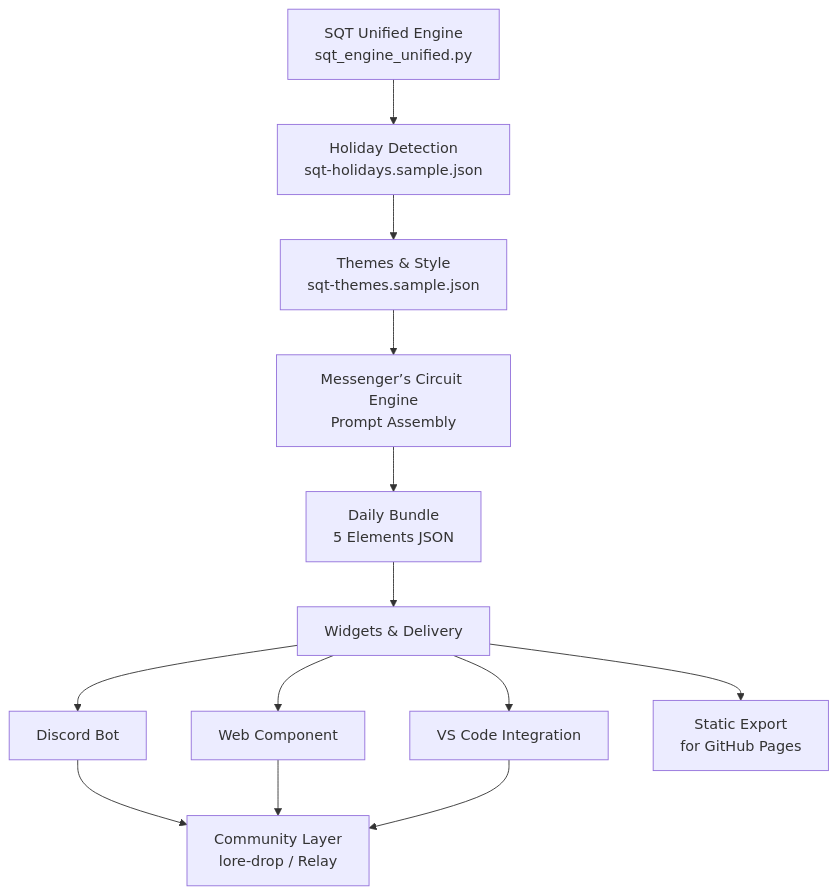
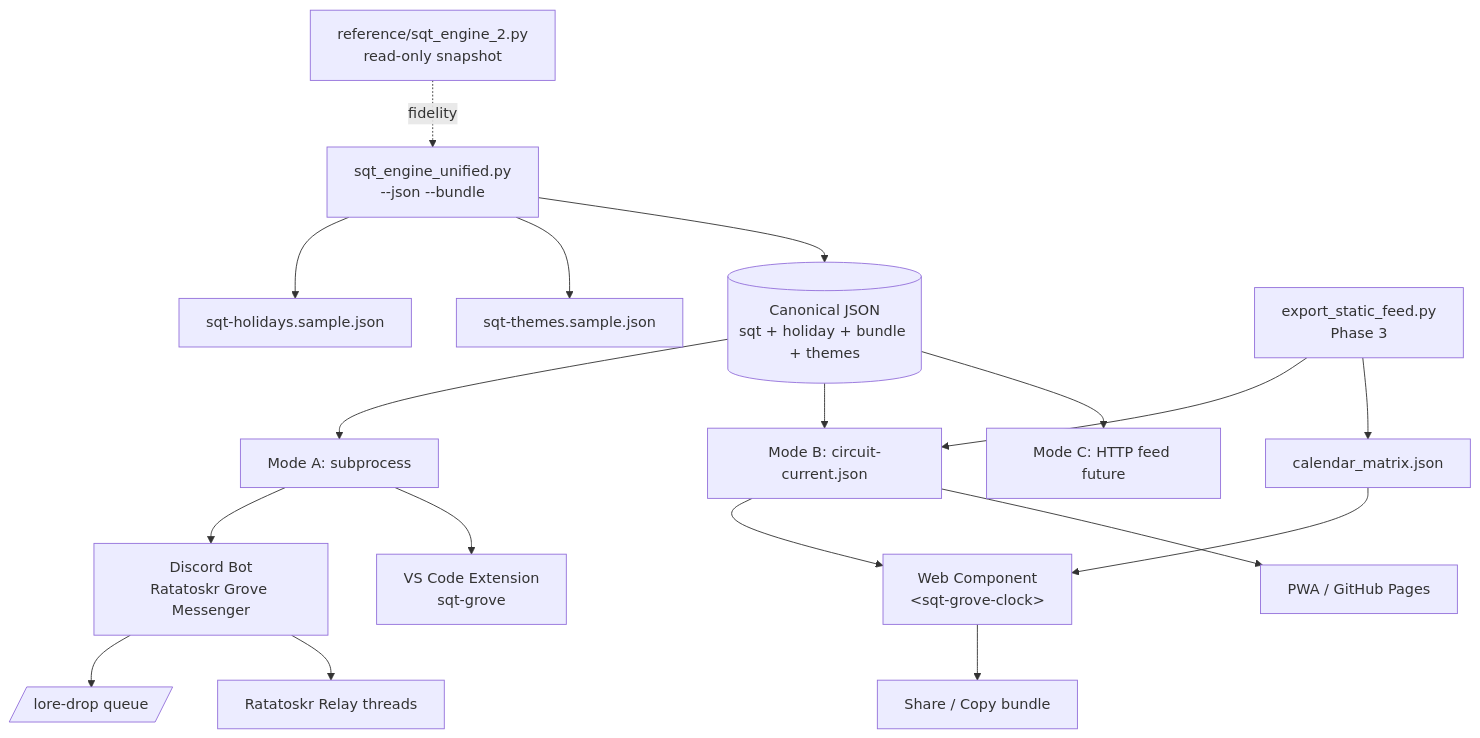
One commit to Squirrel814/SQT-Exploring-the-Possibilities changed the first of 2 diagrams in phase2-architecture-diagram.md. Above: the diagram before and after it, drawn with Mermaid. The commit also changed other lines of this file and 7 other files, not shown here.

Commit message:
Segment 2.3: widget specs for Discord, web component, VS Code

````diff
--- a/phase2-architecture-diagram.md
+++ b/phase2-architecture-diagram.md
@@ -5,13 +7,20 @@
 ```mermaid
 graph TD
-    A[SQT Unified Engine<br/>sqt_engine_unified.py] --> B[Holiday Detection<br/>sqt-holidays.sample.json]
-    B --> C[Themes & Style<br/>sqt-themes.sample.json]
-    C --> D[Messenger’s Circuit Engine<br/>Prompt Assembly]
-    D --> E[Daily Bundle<br/>5 Elements JSON]
-    E --> F[Widgets & Delivery]
-    F --> G[Discord Bot]
-    F --> H[Web Component<br/><sqt-grove-clock>]
-    F --> I[VS Code Integration]
-    F --> J[Static Export<br/>for GitHub Pages]
-    G & H & I --> K[Community Layer<br/>lore-drop / Relay]
+    REF[reference/sqt_engine_2.py<br/>read-only snapshot] -.->|fidelity| ENG
+    ENG[sqt_engine_unified.py<br/>--json --bundle] --> HD[sqt-holidays.sample.json]
+    ENG --> TH[sqt-themes.sample.json]
+    ENG --> JSON[(Canonical JSON<br/>sqt + holiday + bundle + themes)]
+    JSON --> MODE_A[Mode A: subprocess]
+    JSON --> MODE_B[Mode B: circuit-current.json]
+    JSON --> MODE_C[Mode C: HTTP feed future]
+    MODE_A --> DISCORD[Discord Bot<br/>Ratatoskr Grove Messenger]
+    MODE_B --> WEB["Web Component<br/>&lt;sqt-grove-clock&gt;"]
+    MODE_A --> VSCODE[VS Code Extension<br/>sqt-grove]
+    MODE_B --> PWA[PWA / GitHub Pages]
+    EXPORT[export_static_feed.py<br/>Phase 3] --> MODE_B
+    EXPORT --> CAL[calendar_matrix.json]
+    CAL --> WEB
+    DISCORD --> LORE[/lore-drop queue/]
+    DISCORD --> RELAY[Ratatoskr Relay threads]
+    WEB --> SHARE[Share / Copy bundle]
 ```
````
